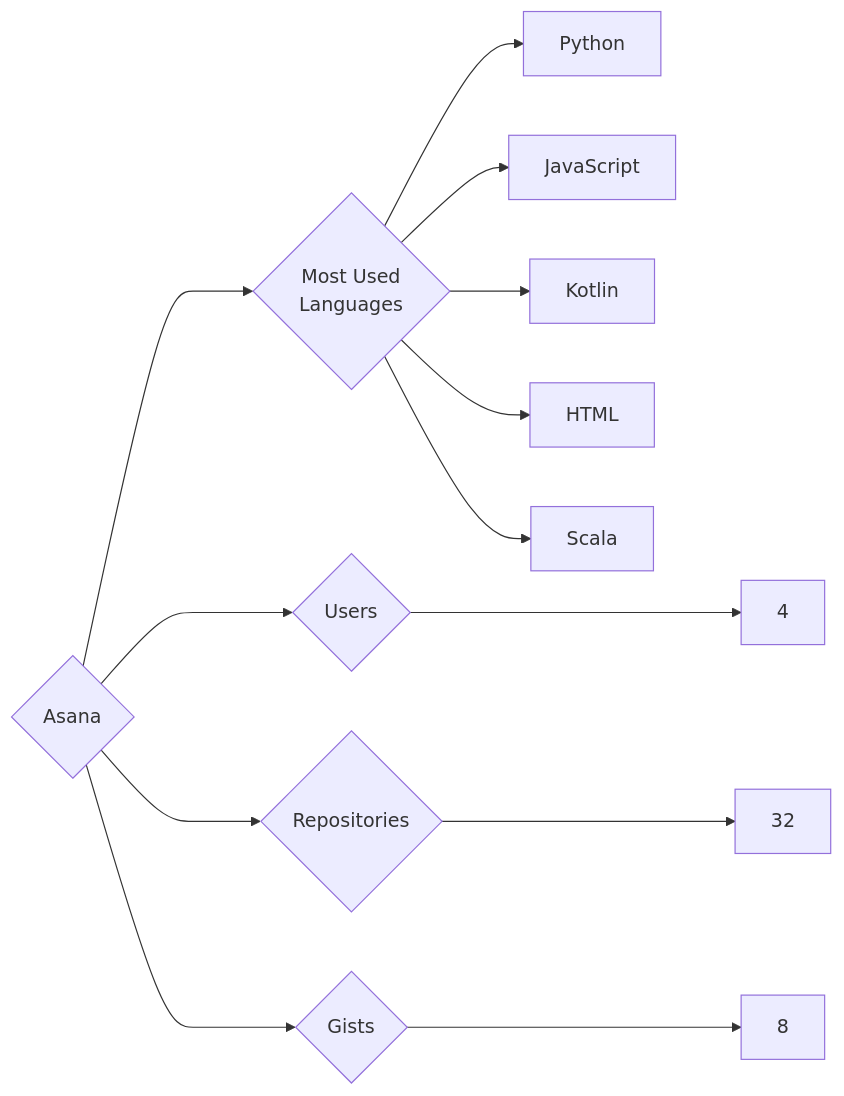
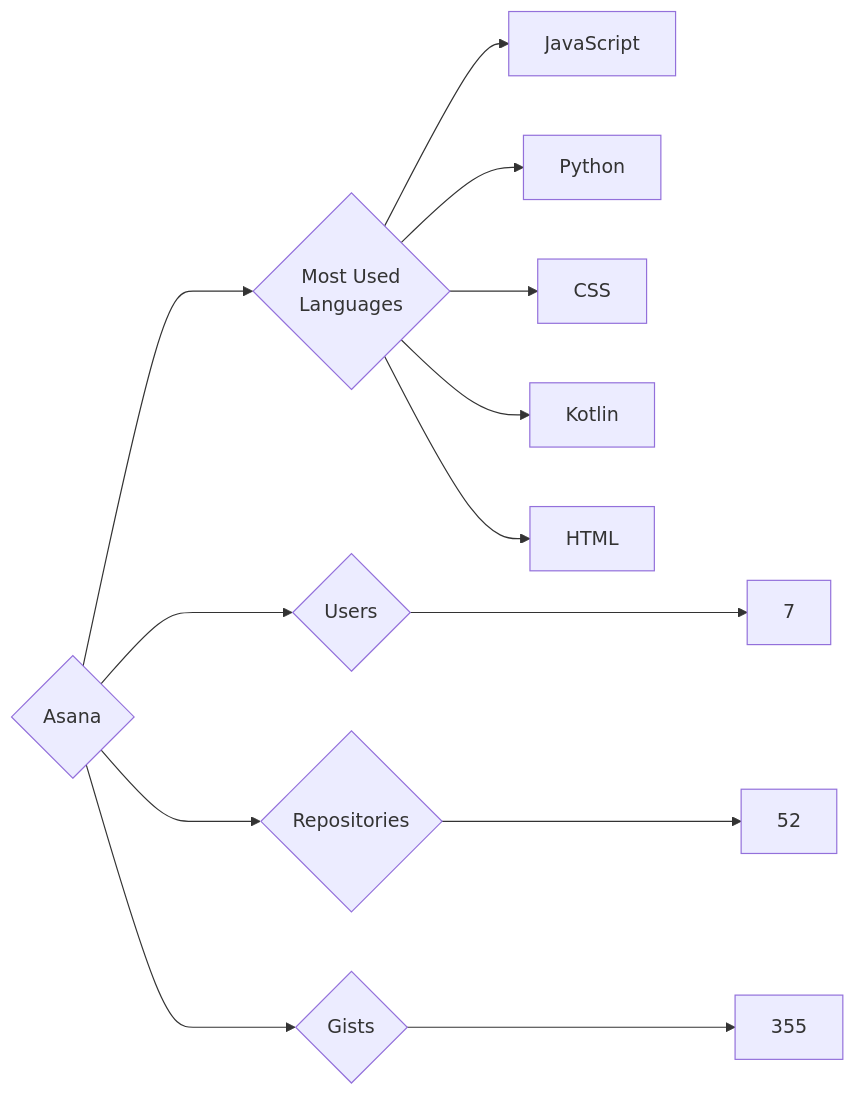
One commit to trickest/insiders changed the diagram in targets/Asana/README.md. Above: the diagram before and after it, drawn with Mermaid. The commit also changed 938 other files, not shown here.

````diff
--- a/targets/Asana/README.md
+++ b/targets/Asana/README.md
@@ -3,13 +3,13 @@
 ```mermaid
 graph LR
 COMPANY_NAME{Asana}
-COMPANY_NAME ---> U{Users} ---> UN[4]
-COMPANY_NAME ---> R{Repositories} ---> RN[32]
-COMPANY_NAME ---> G{Gists} ---> GN[8]
+COMPANY_NAME ---> U{Users} ---> UN[7]
+COMPANY_NAME ---> R{Repositories} ---> RN[52]
+COMPANY_NAME ---> G{Gists} ---> GN[355]
 COMPANY_NAME ---> ML{Most Used<br>Languages}
+ML --> JavaScript[JavaScript]
 ML --> Python[Python]
-ML --> JavaScript[JavaScript]
+ML --> CSS[CSS]
 ML --> Kotlin[Kotlin]
 ML --> HTML[HTML]
-ML --> Scala[Scala]
 ```
````
